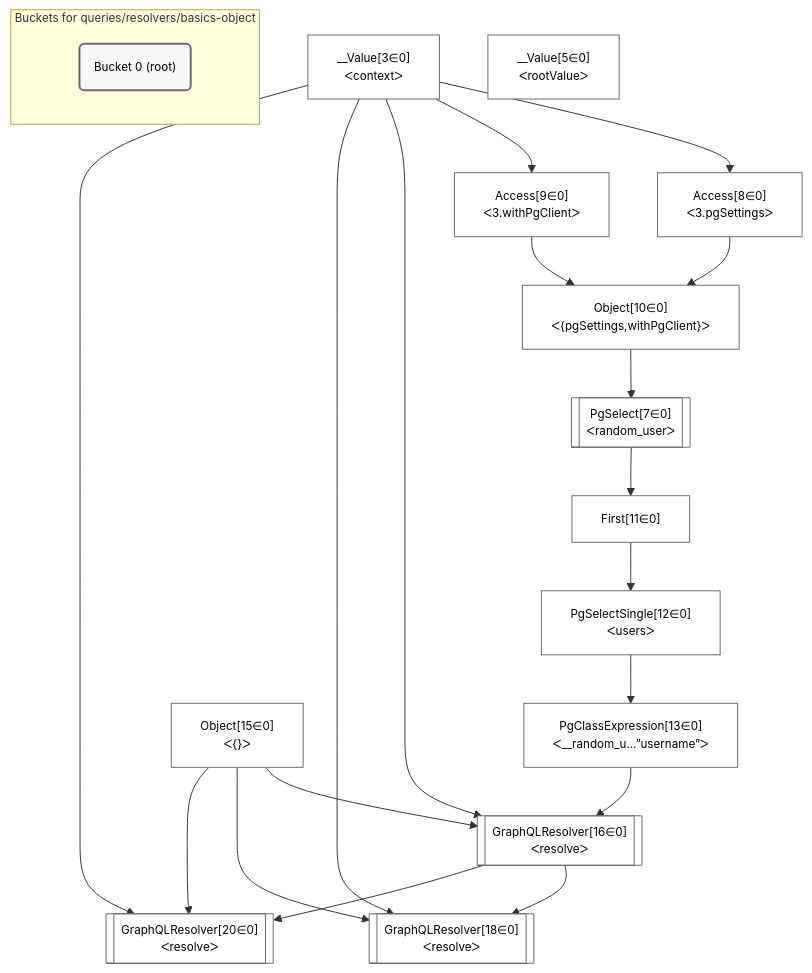
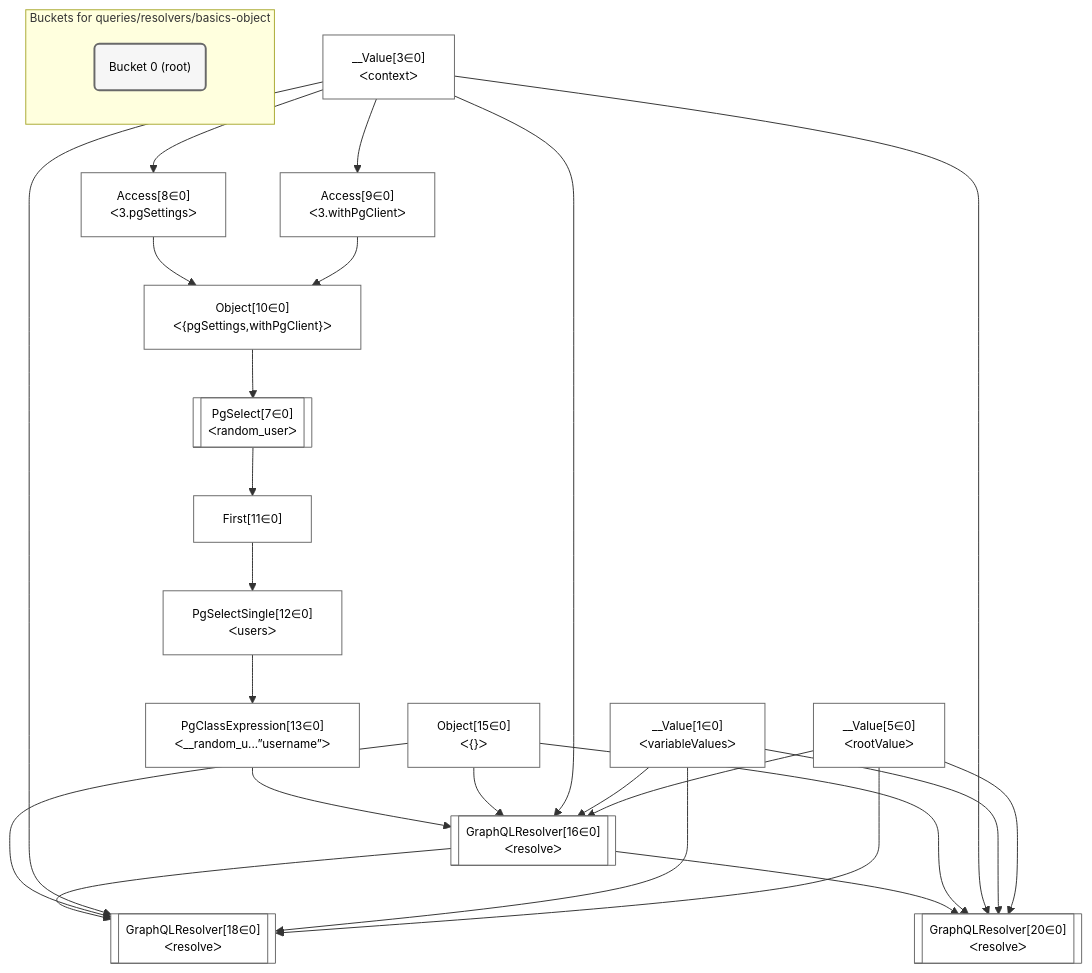
One commit to graphile/crystal changed the diagram in grafast/dataplan-pg/__tests__/queries/resolvers/basics-object.mermaid. Above: the diagram before and after it, drawn with Mermaid. The commit also changed 3 other files, not shown here.

```diff
--- a/grafast/dataplan-pg/__tests__/queries/resolvers/basics-object.mermaid
+++ b/grafast/dataplan-pg/__tests__/queries/resolvers/basics-object.mermaid
@@ -1,41 +1,42 @@
 %%{init: {'themeVariables': { 'fontSize': '12px'}}}%%
 graph TD
     classDef path fill:#eee,stroke:#000,color:#000
     classDef plan fill:#fff,stroke-width:1px,color:#000
     classDef itemplan fill:#fff,stroke-width:2px,color:#000
     classDef sideeffectplan fill:#f00,stroke-width:2px,color:#000
     classDef bucket fill:#f6f6f6,color:#000,stroke-width:2px,text-align:left
 
 
     %% define steps
+    __Value1["__Value[1∈0]<br />ᐸvariableValuesᐳ"]:::plan
     __Value3["__Value[3∈0]<br />ᐸcontextᐳ"]:::plan
     __Value5["__Value[5∈0]<br />ᐸrootValueᐳ"]:::plan
     Access8["Access[8∈0]<br />ᐸ3.pgSettingsᐳ"]:::plan
     Access9["Access[9∈0]<br />ᐸ3.withPgClientᐳ"]:::plan
     Object10["Object[10∈0]<br />ᐸ{pgSettings,withPgClient}ᐳ"]:::plan
     PgSelect7[["PgSelect[7∈0]<br />ᐸrandom_userᐳ"]]:::plan
     First11["First[11∈0]"]:::plan
     PgSelectSingle12["PgSelectSingle[12∈0]<br />ᐸusersᐳ"]:::plan
     PgClassExpression13["PgClassExpression[13∈0]<br />ᐸ__random_u...”username”ᐳ"]:::plan
     Object15["Object[15∈0]<br />ᐸ{}ᐳ"]:::plan
     GraphQLResolver16[["GraphQLResolver[16∈0]<br />ᐸresolveᐳ"]]:::plan
     GraphQLResolver18[["GraphQLResolver[18∈0]<br />ᐸresolveᐳ"]]:::plan
     GraphQLResolver20[["GraphQLResolver[20∈0]<br />ᐸresolveᐳ"]]:::plan
 
     %% plan dependencies
     __Value3 --> Access8
     __Value3 --> Access9
     Access8 & Access9 --> Object10
     Object10 --> PgSelect7
     PgSelect7 --> First11
     First11 --> PgSelectSingle12
     PgSelectSingle12 --> PgClassExpression13
-    PgClassExpression13 & Object15 & __Value3 --> GraphQLResolver16
-    GraphQLResolver16 & Object15 & __Value3 --> GraphQLResolver18
-    GraphQLResolver16 & Object15 & __Value3 --> GraphQLResolver20
+    PgClassExpression13 & Object15 & __Value3 & __Value1 & __Value5 --> GraphQLResolver16
+    GraphQLResolver16 & Object15 & __Value3 & __Value1 & __Value5 --> GraphQLResolver18
+    GraphQLResolver16 & Object15 & __Value3 & __Value1 & __Value5 --> GraphQLResolver20
 
     subgraph "Buckets for queries/resolvers/basics-object"
     Bucket0("Bucket 0 (root)"):::bucket
     classDef bucket0 stroke:#696969
-    class Bucket0,__Value3,__Value5,PgSelect7,Access8,Access9,Object10,First11,PgSelectSingle12,PgClassExpression13,Object15,GraphQLResolver16,GraphQLResolver18,GraphQLResolver20 bucket0
+    class Bucket0,__Value1,__Value3,__Value5,PgSelect7,Access8,Access9,Object10,First11,PgSelectSingle12,PgClassExpression13,Object15,GraphQLResolver16,GraphQLResolver18,GraphQLResolver20 bucket0
     end
```
